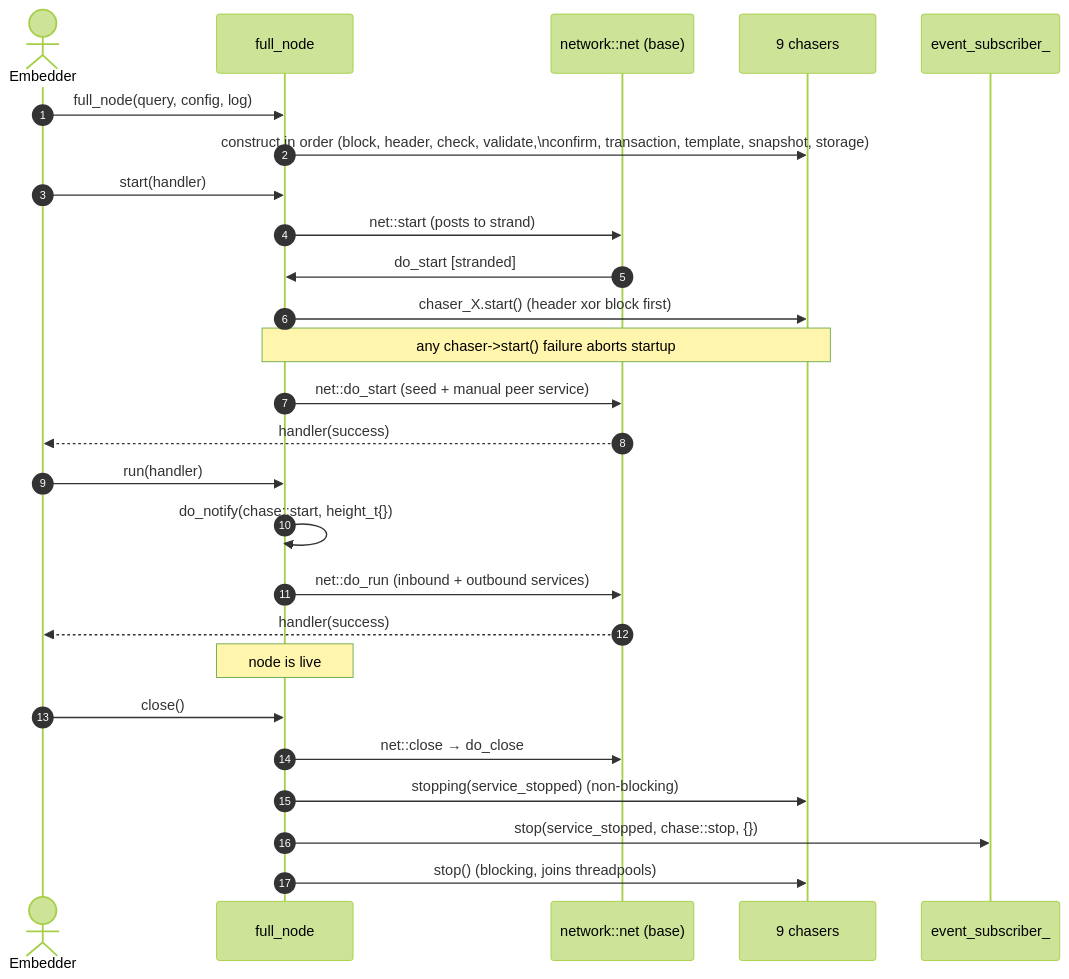
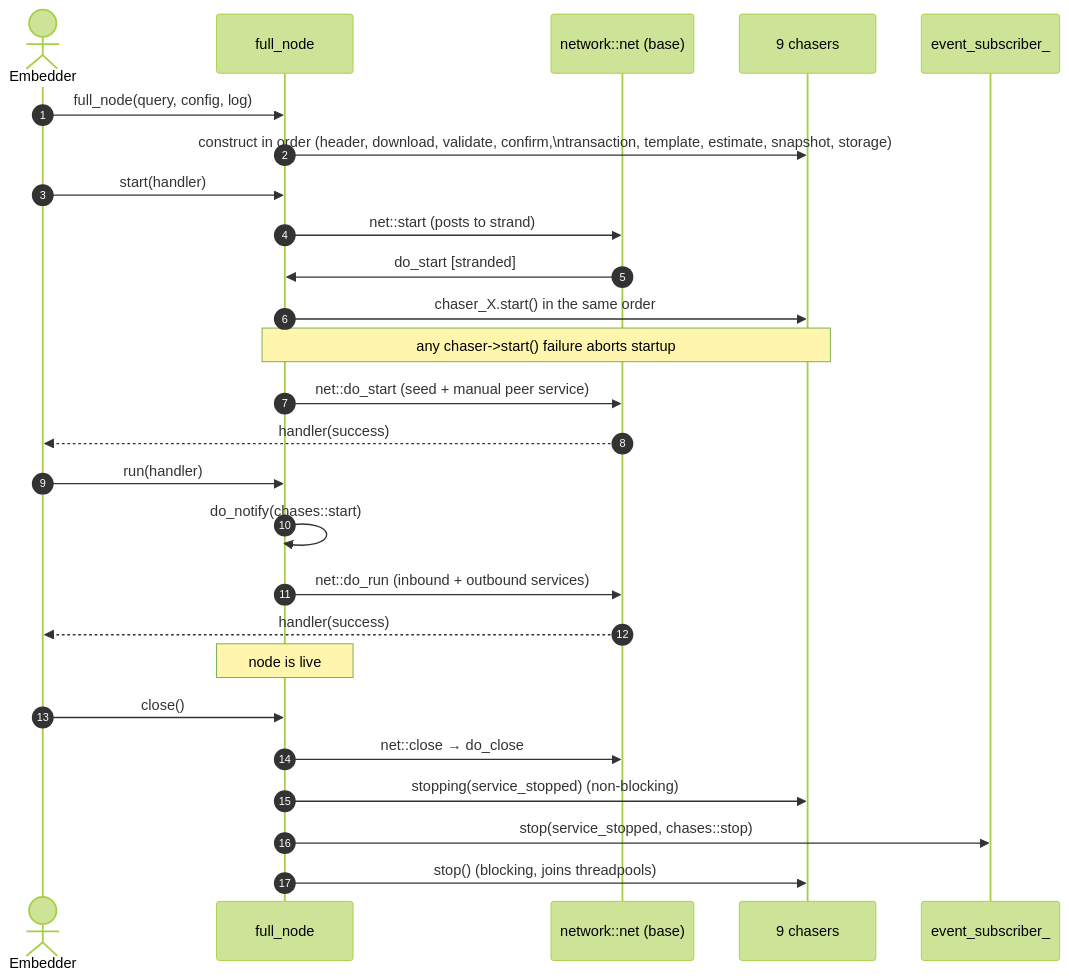
The fifth of 5 diagrams in architecture/md/00-overview.md (libbitcoin/libbitcoin.github.io), drawn with Mermaid (forest theme) before and after one commit. The commit also changed other lines of this file and 31 other files, not shown here.

Commit message:
Add the node architecture pages.

````diff
--- a/architecture/md/00-overview.md
+++ b/architecture/md/00-overview.md
@@ -308,29 +319,29 @@
 ```mermaid
 sequenceDiagram
     autonumber
     actor Embedder
     participant FN as full_node
     participant Net as network::net (base)
     participant CH as 9 chasers
     participant Bus as event_subscriber_
 
     Embedder->>FN: full_node(query, config, log)
-    FN->>CH: construct in order (block, header, check, validate,\nconfirm, transaction, template, snapshot, storage)
+    FN->>CH: construct in order (header, download, validate, confirm,\ntransaction, template, estimate, snapshot, storage)
     Embedder->>FN: start(handler)
     FN->>Net: net::start (posts to strand)
     Net->>FN: do_start [stranded]
-    FN->>CH: chaser_X.start() (header xor block first)
+    FN->>CH: chaser_X.start() in the same order
     Note over FN,CH: any chaser->start() failure aborts startup
     FN->>Net: net::do_start (seed + manual peer service)
     Net-->>Embedder: handler(success)
     Embedder->>FN: run(handler)
-    FN->>FN: do_notify(chase::start, height_t{})
+    FN->>FN: do_notify(chases::start)
     FN->>Net: net::do_run (inbound + outbound services)
     Net-->>Embedder: handler(success)
     Note over FN: node is live
     Embedder->>FN: close()
     FN->>Net: net::close → do_close
     FN->>CH: stopping(service_stopped) (non-blocking)
-    FN->>Bus: stop(service_stopped, chase::stop, {})
+    FN->>Bus: stop(service_stopped, chases::stop)
     FN->>CH: stop()  (blocking, joins threadpools)
 ```
````
